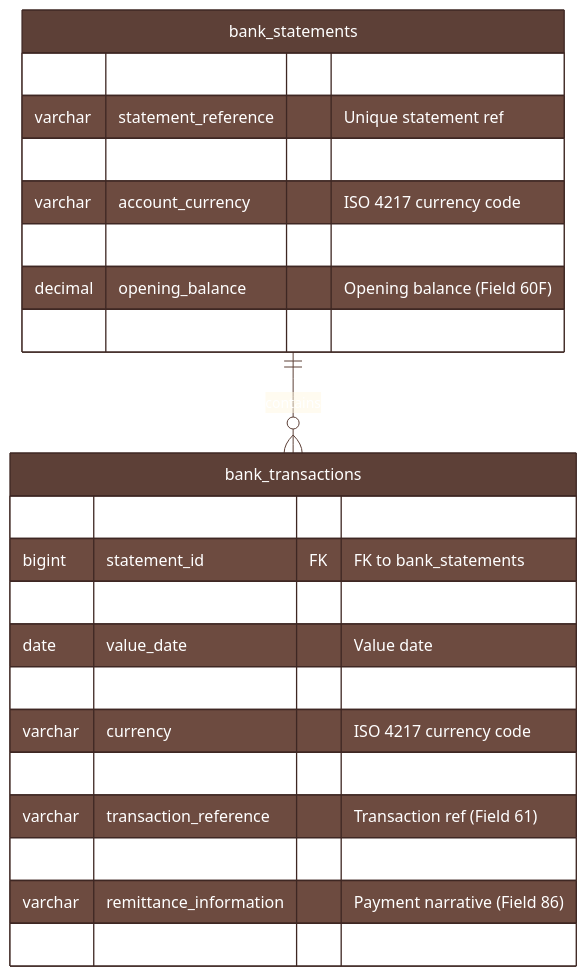
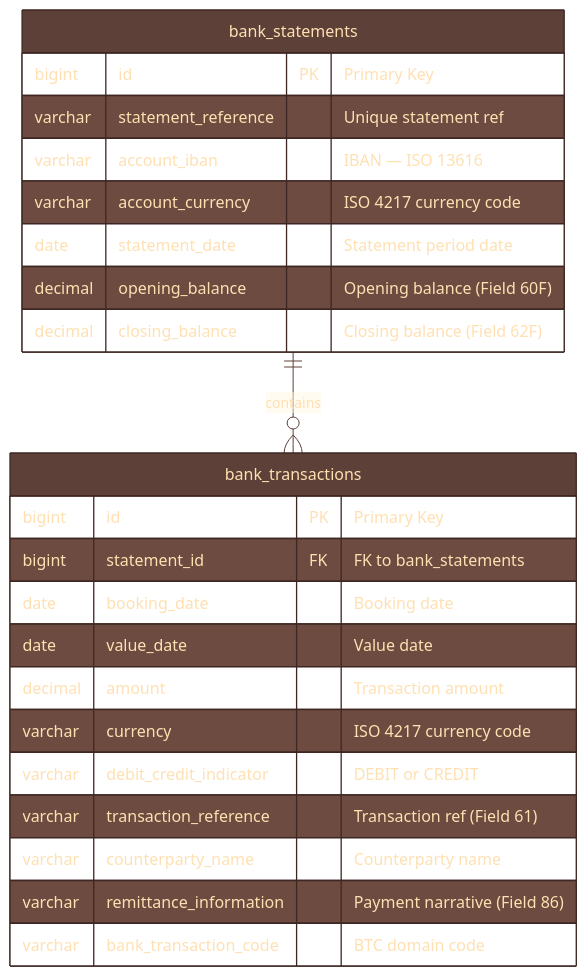
One commit to wallaceespindola/camt-mt-converters changed the diagram in docs/diagrams/database-diagram.mmd. Above: the diagram before and after it, drawn with Mermaid. The commit also changed 1 other file, not shown here.

Commit message:
Fix database schema diagram readability: use non-white text on dark backgrounds
Replace white font (#fff) with light cyan (#B2EBF2) in the SPA ER diagram
and light amber (#FFE0B2) in the .mmd file; also set dark attribute row
backgrounds so text is legible regardless of browser/renderer defaults.

```diff
--- a/docs/diagrams/database-diagram.mmd
+++ b/docs/diagrams/database-diagram.mmd
@@ -1,27 +1,27 @@
-%%{init: {'theme': 'base', 'themeVariables': {'primaryColor': '#5D4037', 'primaryTextColor': '#fff', 'primaryBorderColor': '#3E2723', 'lineColor': '#5D4037', 'secondaryColor': '#EFEBE9', 'tertiaryColor': '#FFF8E1', 'attributeBackgroundColorEven': '#FFF8E1', 'attributeBackgroundColorOdd': '#EFEBE9'}}}%%
+%%{init: {'theme': 'base', 'themeVariables': {'primaryColor': '#5D4037', 'primaryTextColor': '#FFE0B2', 'primaryBorderColor': '#3E2723', 'lineColor': '#5D4037', 'secondaryColor': '#EFEBE9', 'tertiaryColor': '#FFF8E1', 'attributeBackgroundColorEven': '#4E342E', 'attributeBackgroundColorOdd': '#6D4C41'}}}%%
 erDiagram
     bank_statements {
         bigint id PK "Primary Key"
         varchar statement_reference "Unique statement ref"
         varchar account_iban "IBAN — ISO 13616"
         varchar account_currency "ISO 4217 currency code"
         date statement_date "Statement period date"
         decimal opening_balance "Opening balance (Field 60F)"
         decimal closing_balance "Closing balance (Field 62F)"
     }
 
     bank_transactions {
         bigint id PK "Primary Key"
         bigint statement_id FK "FK to bank_statements"
         date booking_date "Booking date"
         date value_date "Value date"
         decimal amount "Transaction amount"
         varchar currency "ISO 4217 currency code"
         varchar debit_credit_indicator "DEBIT or CREDIT"
         varchar transaction_reference "Transaction ref (Field 61)"
         varchar counterparty_name "Counterparty name"
         varchar remittance_information "Payment narrative (Field 86)"
         varchar bank_transaction_code "BTC domain code"
     }
 
     bank_statements ||--o{ bank_transactions : "contains"
```
